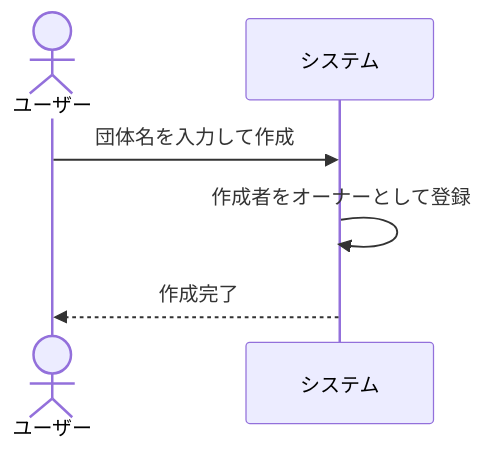
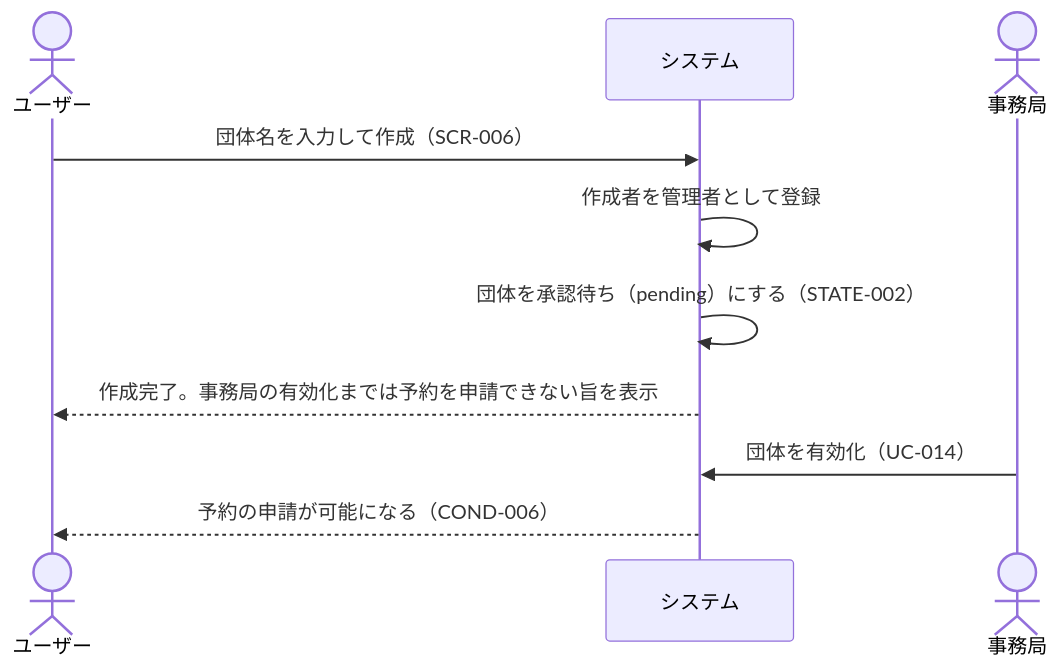
Before and after one commit to gdsc-osaka/iclub-reserve: the second of 3 diagrams in rdra/contexts/group-management.md, drawn with Mermaid. The commit also changed other lines of this file and 10 other files, not shown here.

````diff
--- a/rdra/contexts/group-management.md
+++ b/rdra/contexts/group-management.md
@@ -156,9 +190,13 @@
 ```mermaid
 sequenceDiagram
     actor ユーザー
     participant システム
+    actor 事務局
 
-    ユーザー->>システム: 団体名を入力して作成
-    システム->>システム: 作成者をオーナーとして登録
-    システム-->>ユーザー: 作成完了
+    ユーザー->>システム: 団体名を入力して作成（SCR-006）
+    システム->>システム: 作成者を管理者として登録
+    システム->>システム: 団体を承認待ち（pending）にする（STATE-002）
+    システム-->>ユーザー: 作成完了。事務局の有効化までは予約を申請できない旨を表示
+    事務局->>システム: 団体を有効化（UC-014）
+    システム-->>ユーザー: 予約の申請が可能になる（COND-006）
 ```
````
